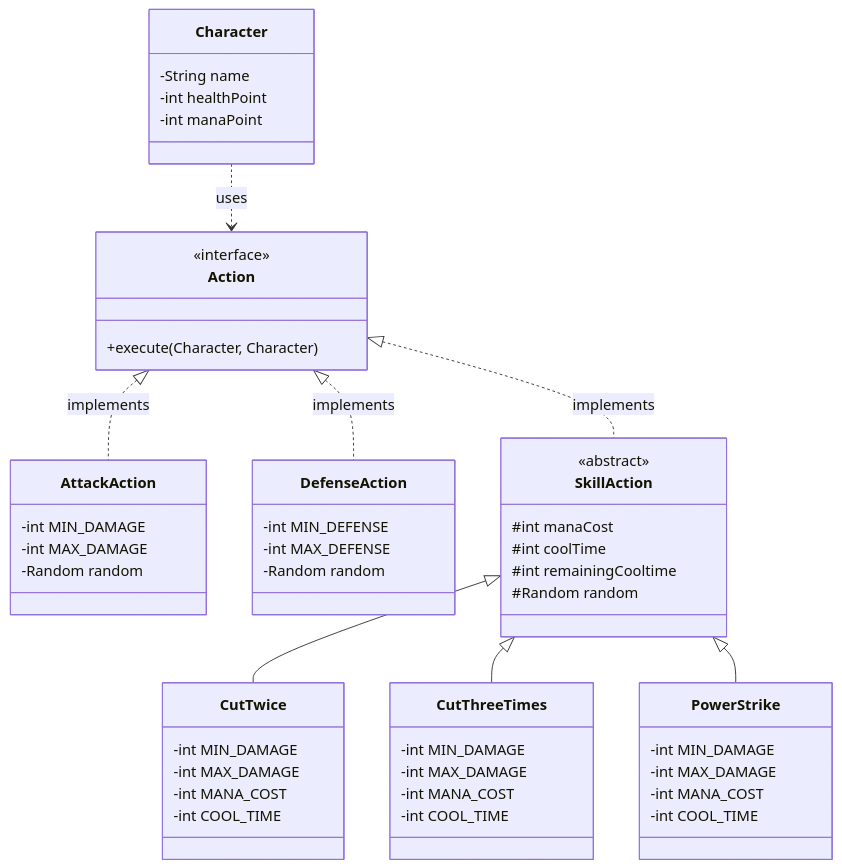
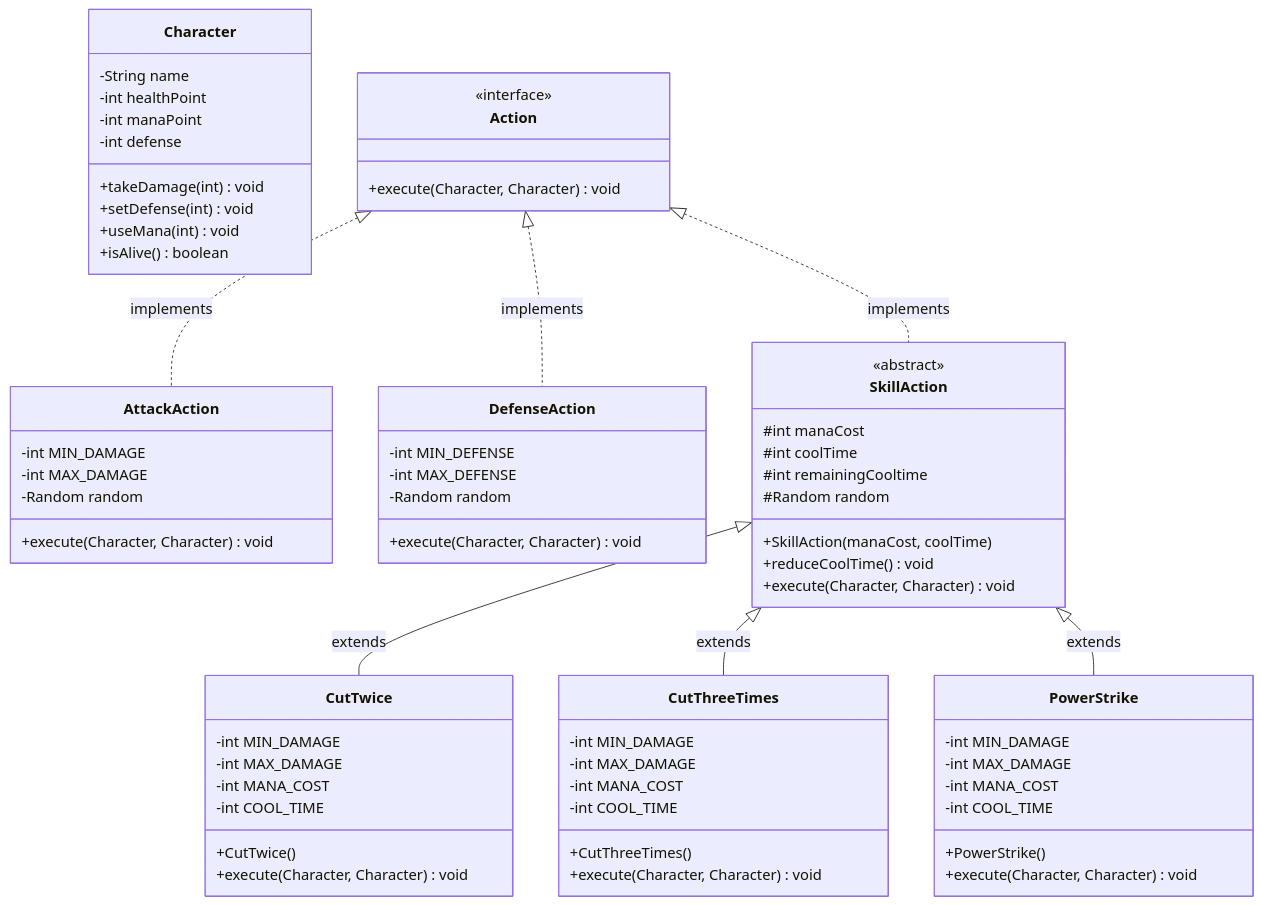
One commit to hye-inA/2024-2-mission-course-java changed the diagram in TODO.md. Above: the diagram before and after it, drawn with Mermaid. The commit also changed 2 other files, not shown here.

Commit message:
턴 수 조건 구현, 게임 종료 조건 구현

```diff
--- a/TODO.md
+++ b/TODO.md
@@ -7,62 +7,77 @@
 ~~~mermaid
 classDiagram
     class Character {
-        -String name 
+        -String name
         -int healthPoint
         -int manaPoint
+        -int defense
+        +takeDamage(int) void
+        +setDefense(int) void
+        +useMana(int) void
+        +isAlive() boolean
     }
 
     class Action {
         <<interface>>
-        +execute(Character, Character)
+        +execute(Character, Character) void
     }
 
     class AttackAction {
         -int MIN_DAMAGE
         -int MAX_DAMAGE
         -Random random
+        +execute(Character, Character) void
     }
 
     class DefenseAction {
         -int MIN_DEFENSE
         -int MAX_DEFENSE
         -Random random
+        +execute(Character, Character) void
     }
 
     class SkillAction {
         <<abstract>>
         #int manaCost
         #int coolTime
         #int remainingCooltime
         #Random random
+        +SkillAction(manaCost, coolTime)
+        +reduceCoolTime() void
+        +execute(Character, Character) void
     }
 
     class CutTwice {
         -int MIN_DAMAGE
         -int MAX_DAMAGE
         -int MANA_COST
         -int COOL_TIME
+        +CutTwice()
+        +execute(Character, Character) void
     }
 
     class CutThreeTimes {
         -int MIN_DAMAGE
         -int MAX_DAMAGE
         -int MANA_COST
         -int COOL_TIME
+        +CutThreeTimes()
+        +execute(Character, Character) void
     }
 
     class PowerStrike {
         -int MIN_DAMAGE
         -int MAX_DAMAGE
         -int MANA_COST
         -int COOL_TIME
+        +PowerStrike()
+        +execute(Character, Character) void
     }
 
-    Character ..> Action : uses
     Action <|.. AttackAction : implements
     Action <|.. DefenseAction : implements
     Action <|.. SkillAction : implements
-    SkillAction <|-- CutTwice 
-    SkillAction <|-- CutThreeTimes
-    SkillAction <|-- PowerStrike
+    SkillAction <|-- CutTwice : extends
+    SkillAction <|-- CutThreeTimes : extends
+    SkillAction <|-- PowerStrike : extends
 ~~~
```
